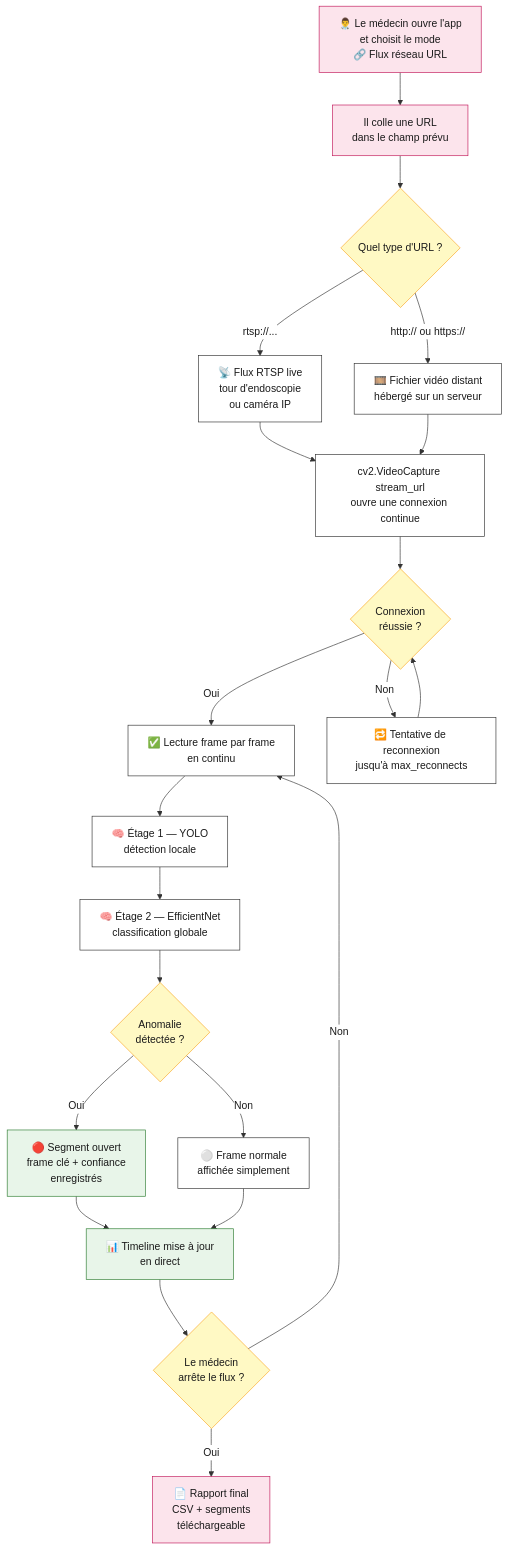
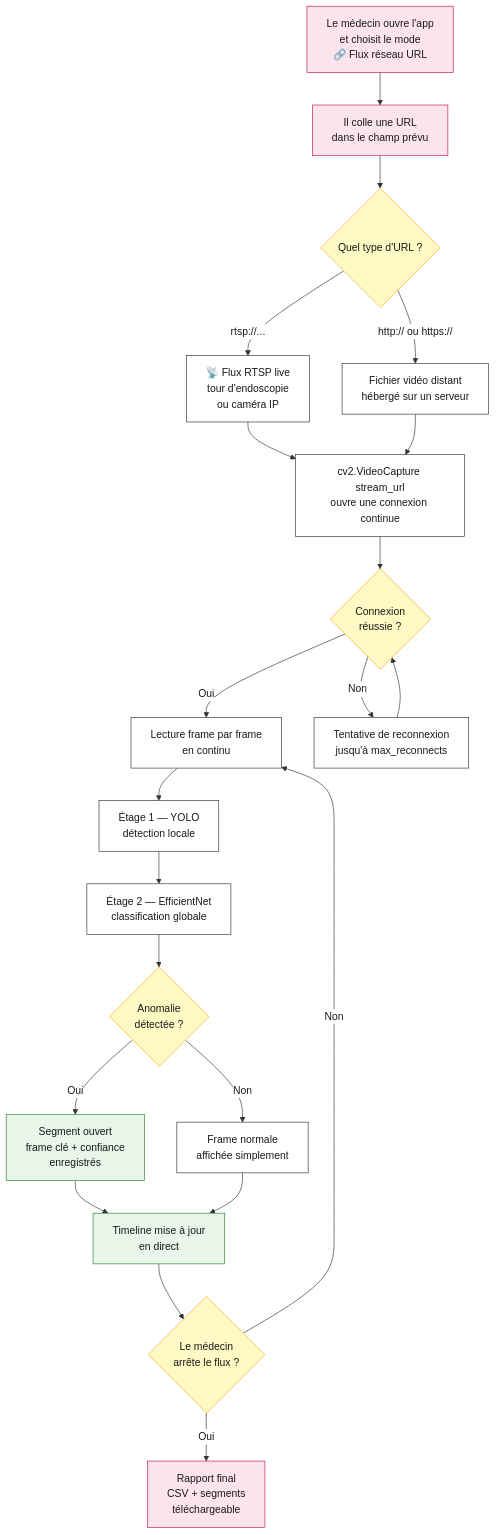
One commit to Gama-core/medet changed the diagram in architecture/Flux_Endoscopie_workflow.mermaid. Above: the diagram before and after it, drawn with Mermaid.

```diff
--- a/architecture/Flux_Endoscopie_workflow.mermaid
+++ b/architecture/Flux_Endoscopie_workflow.mermaid
@@ -1,54 +1,54 @@
 %%{init: {'theme': 'base', 'themeVariables': {
   'background': '#ffffff',
   'primaryColor': '#ffffff',
   'primaryTextColor': '#1a1a1a',
   'primaryBorderColor': '#333333',
   'lineColor': '#333333',
   'secondaryColor': '#ffffff',
   'tertiaryColor': '#ffffff'
 }}}%%
 
 flowchart TD
 
-    A[👨‍⚕️ Le médecin ouvre l'app<br/>et choisit le mode<br/>🔗 Flux réseau URL] --> B[Il colle une URL<br/>dans le champ prévu]
+    A[ Le médecin ouvre l'app<br/>et choisit le mode<br/>🔗 Flux réseau URL] --> B[Il colle une URL<br/>dans le champ prévu]
 
     B --> C{Quel type d'URL ?}
 
     C -->|rtsp://...| D[📡 Flux RTSP live<br/>tour d'endoscopie<br/>ou caméra IP]
-    C -->|http:// ou https://| E[🎞️ Fichier vidéo distant<br/>hébergé sur un serveur]
+    C -->|http:// ou https://| E[ Fichier vidéo distant<br/>hébergé sur un serveur]
 
     D --> F[cv2.VideoCapture stream_url<br/>ouvre une connexion continue]
     E --> F
 
     F --> G{Connexion<br/>réussie ?}
 
-    G -->|Oui| H[✅ Lecture frame par frame<br/>en continu]
-    G -->|Non| I[🔁 Tentative de reconnexion<br/>jusqu'à max_reconnects]
+    G -->|Oui| H[ Lecture frame par frame<br/>en continu]
+    G -->|Non| I[ Tentative de reconnexion<br/>jusqu'à max_reconnects]
     I --> G
 
-    H --> J[🧠 Étage 1 — YOLO<br/>détection locale]
-    J --> K[🧠 Étage 2 — EfficientNet<br/>classification globale]
+    H --> J[ Étage 1 — YOLO<br/>détection locale]
+    J --> K[ Étage 2 — EfficientNet<br/>classification globale]
 
     K --> L{Anomalie<br/>détectée ?}
 
-    L -->|Oui| M[🔴 Segment ouvert<br/>frame clé + confiance<br/>enregistrés]
-    L -->|Non| N[⚪ Frame normale<br/>affichée simplement]
+    L -->|Oui| M[ Segment ouvert<br/>frame clé + confiance<br/>enregistrés]
+    L -->|Non| N[ Frame normale<br/>affichée simplement]
 
-    M --> O[📊 Timeline mise à jour<br/>en direct]
+    M --> O[ Timeline mise à jour<br/>en direct]
     N --> O
 
     O --> P{Le médecin<br/>arrête le flux ?}
     P -->|Non| H
-    P -->|Oui| Q[📄 Rapport final<br/>CSV + segments<br/>téléchargeable]
+    P -->|Oui| Q[ Rapport final<br/>CSV + segments<br/>téléchargeable]
 
     classDef doctor fill:#fce4ec,stroke:#c2185b,color:#1a1a1a
     classDef process fill:#ffffff,stroke:#333333,color:#1a1a1a
     classDef success fill:#e8f5e9,stroke:#2e7d32,color:#1a1a1a
     classDef decision fill:#fff9c4,stroke:#f9a825,color:#1a1a1a
     classDef result fill:#fce4ec,stroke:#c2185b,color:#1a1a1a
 
     class A,B doctor
     class D,E,F,H,J,K,N process
     class C,G,L,P decision
     class M,O success
     class Q result
```
